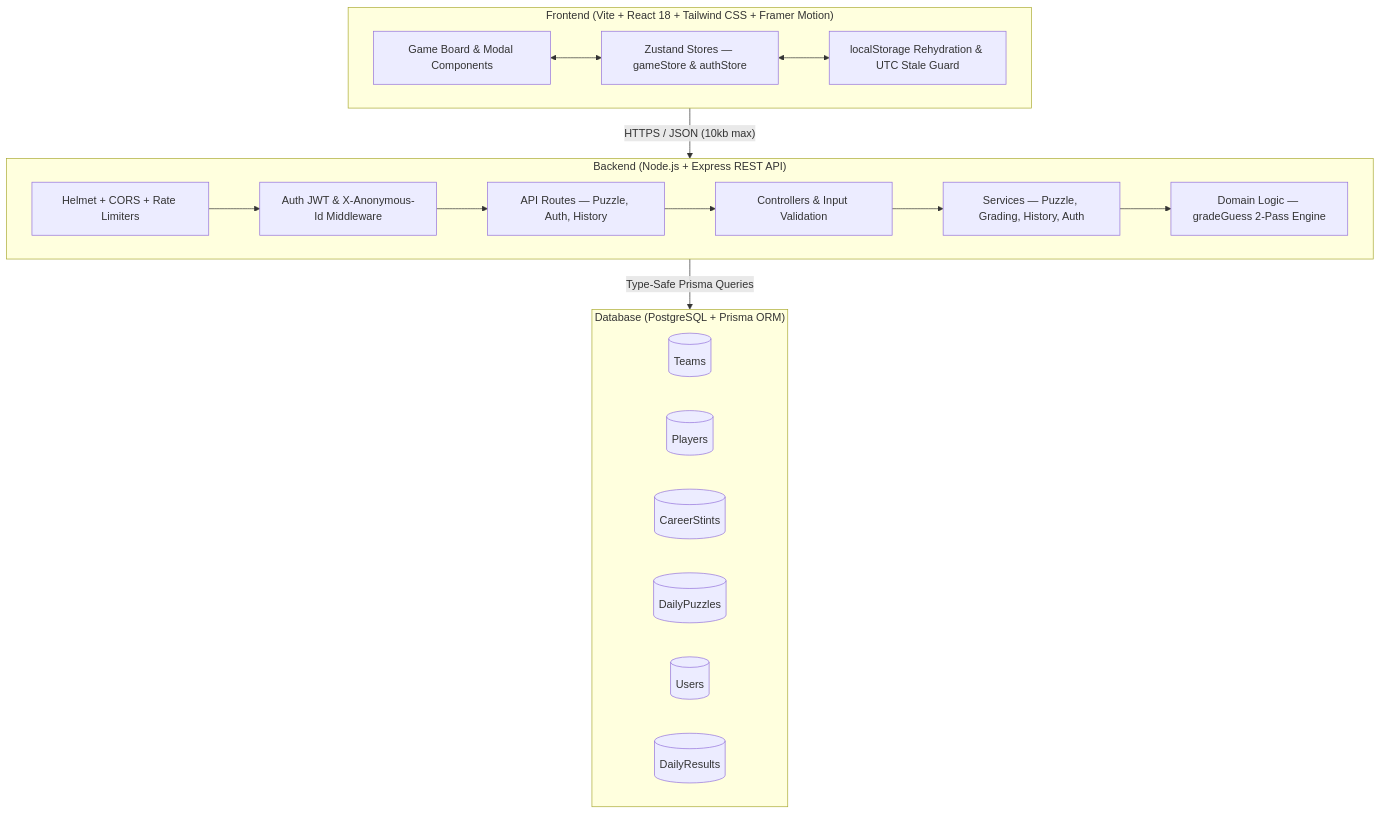
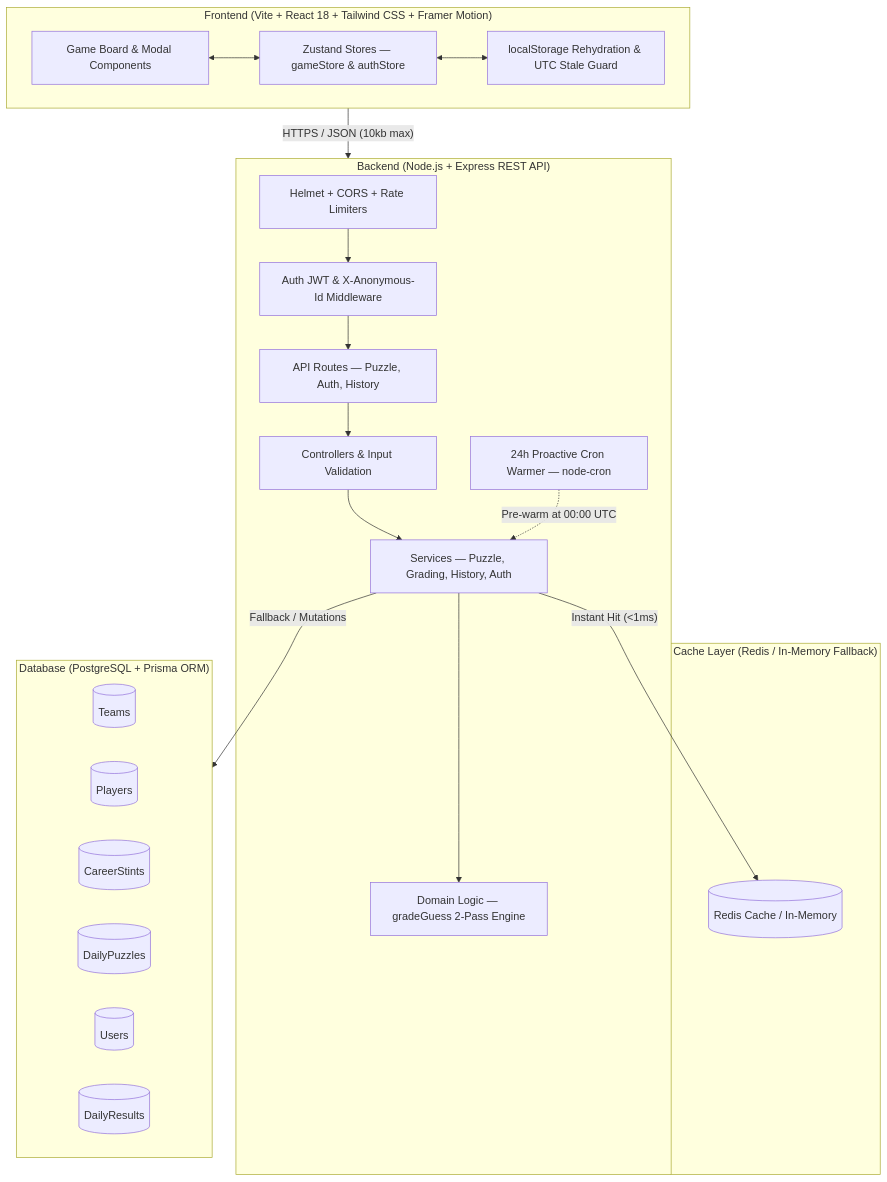
One commit to K-Niv/JourneyMan changed the diagram in README.md. Above: the diagram before and after it, drawn with Mermaid. The commit also changed other lines of this file and 1 other file, not shown here.

Commit message:
docs: update README and ARCHITECTURE with Redis caching and 24h cron warmer

````diff
--- a/README.md
+++ b/README.md
@@ -64,32 +69,40 @@
 ```mermaid
 graph TB
     subgraph Client ["Frontend (Vite + React 18 + Tailwind CSS + Framer Motion)"]
         UI[Game Board & Modal Components]
         ZS[Zustand Stores — gameStore & authStore]
         LS[localStorage Rehydration & UTC Stale Guard]
         UI <--> ZS
         ZS <--> LS
     end
 
     subgraph Server ["Backend (Node.js + Express REST API)"]
         SEC[Helmet + CORS + Rate Limiters]
         MW[Auth JWT & X-Anonymous-Id Middleware]
         RT[API Routes — Puzzle, Auth, History]
         CT[Controllers & Input Validation]
         SV[Services — Puzzle, Grading, History, Auth]
-        DM[Domain Logic — gradeGuess 2-Pass Engine]
-        SEC --> MW --> RT --> CT --> SV --> DM
+        DOM[Domain Logic — gradeGuess 2-Pass Engine]
+        CW[24h Proactive Cron Warmer — node-cron]
+        
+        SEC --> MW --> RT --> CT --> SV --> DOM
+        CW -. "Pre-warm at 00:00 UTC" .-> SV
+    end
+
+    subgraph Cache ["Cache Layer (Redis / In-Memory Fallback)"]
+        RC[(Redis Cache / In-Memory)]
     end
 
     subgraph DB ["Database (PostgreSQL + Prisma ORM)"]
         T1[(Teams)]
         T2[(Players)]
         T3[(CareerStints)]
         T4[(DailyPuzzles)]
         T5[(Users)]
         T6[(DailyResults)]
     end
 
     Client -- "HTTPS / JSON (10kb max)" --> Server
-    Server -- "Type-Safe Prisma Queries" --> DB
+    SV -- "Instant Hit (<1ms)" --> RC
+    SV -- "Fallback / Mutations" --> DB
 ```
````
